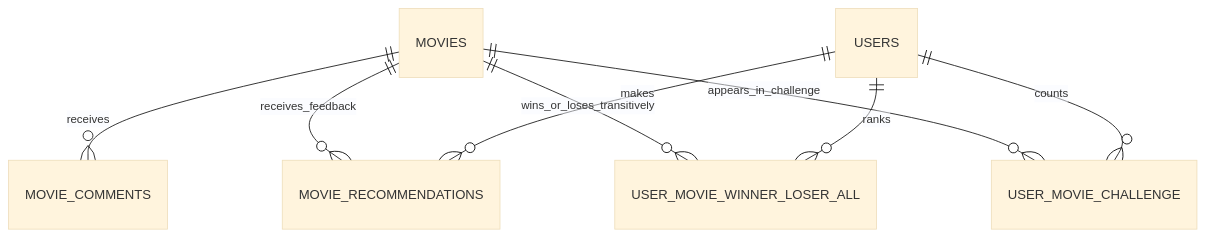
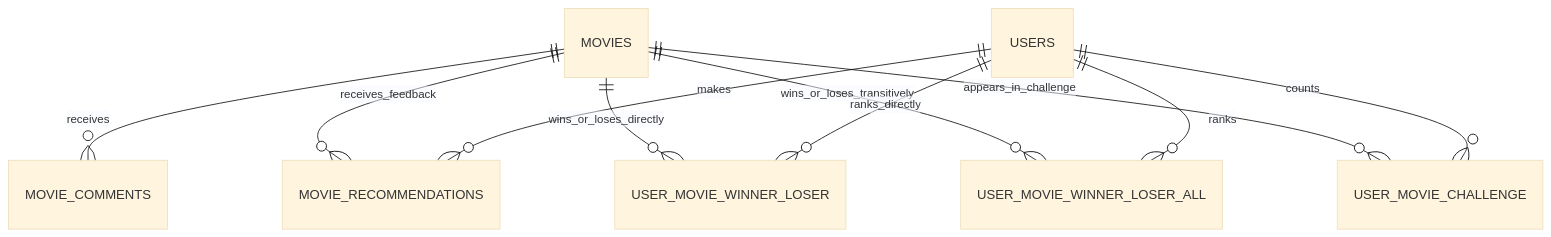
Before and after one commit to skyglass/movie-stream-workshop: the second of 2 diagrams in docs/specs/movie-catalog/entity_model.md, drawn with Mermaid (base theme). The commit also changed other lines of this file and 12 other files, not shown here.

````diff
--- a/docs/specs/movie-catalog/entity_model.md
+++ b/docs/specs/movie-catalog/entity_model.md
@@ -45,10 +48,12 @@
 ```mermaid
 erDiagram
     MOVIES ||--o{ MOVIE_COMMENTS : receives
     MOVIES ||--o{ MOVIE_RECOMMENDATIONS : receives_feedback
+    MOVIES ||--o{ USER_MOVIE_WINNER_LOSER : wins_or_loses_directly
     MOVIES ||--o{ USER_MOVIE_WINNER_LOSER_ALL : wins_or_loses_transitively
     MOVIES ||--o{ USER_MOVIE_CHALLENGE : appears_in_challenge
     USERS ||--o{ MOVIE_RECOMMENDATIONS : makes
+    USERS ||--o{ USER_MOVIE_WINNER_LOSER : ranks_directly
     USERS ||--o{ USER_MOVIE_WINNER_LOSER_ALL : ranks
     USERS ||--o{ USER_MOVIE_CHALLENGE : counts
 ```
````
